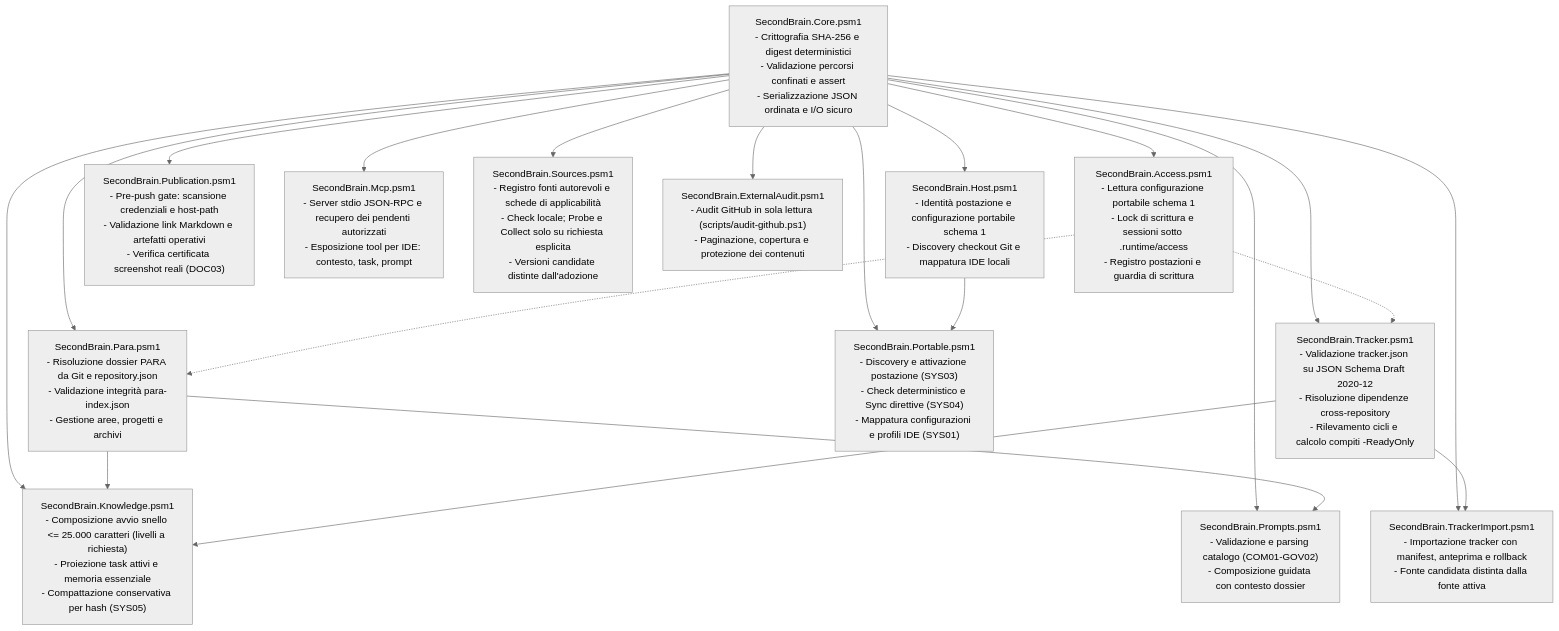
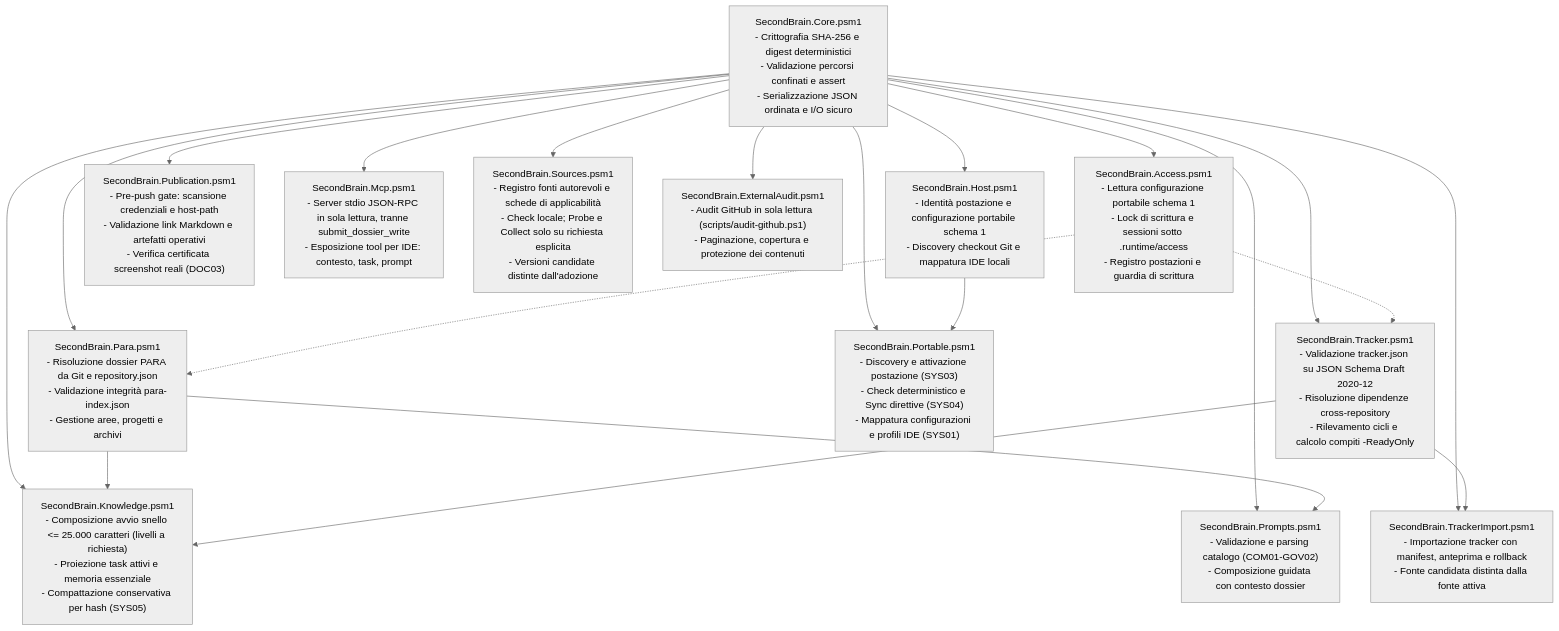
One commit to dennidalpos/secondbrain changed the second of 7 diagrams in docs/riferimento/architecture.it.md. Above: the diagram before and after it, drawn with Mermaid (neutral theme). The commit also changed 29 other files, not shown here.

````diff
--- a/docs/riferimento/architecture.it.md
+++ b/docs/riferimento/architecture.it.md
@@ -43,49 +43,49 @@
 ```mermaid
 flowchart TB
     CORE["SecondBrain.Core.psm1<br/>- Crittografia SHA-256 e digest deterministici<br/>- Validazione percorsi confinati e assert<br/>- Serializzazione JSON ordinata e I/O sicuro"]
 
     ACCESS["SecondBrain.Access.psm1<br/>- Lettura configurazione portabile schema 1<br/>- Lock di scrittura e sessioni sotto .runtime/access<br/>- Registro postazioni e guardia di scrittura"]
 
     HOST["SecondBrain.Host.psm1<br/>- Identità postazione e configurazione portabile schema 1<br/>- Discovery checkout Git e mappatura IDE locali"]
 
     PARA["SecondBrain.Para.psm1<br/>- Risoluzione dossier PARA da Git e repository.json<br/>- Validazione integrità para-index.json<br/>- Gestione aree, progetti e archivi"]
 
     TRACKER["SecondBrain.Tracker.psm1<br/>- Validazione tracker.json su JSON Schema Draft 2020-12<br/>- Risoluzione dipendenze cross-repository<br/>- Rilevamento cicli e calcolo compiti -ReadyOnly"]
 
     KNOWLEDGE["SecondBrain.Knowledge.psm1<br/>- Composizione avvio snello <= 25.000 caratteri (livelli a richiesta)<br/>- Proiezione task attivi e memoria essenziale<br/>- Compattazione conservativa per hash (SYS05)"]
 
     PORTABLE["SecondBrain.Portable.psm1<br/>- Discovery e attivazione postazione (SYS03)<br/>- Check deterministico e Sync direttive (SYS04)<br/>- Mappatura configurazioni e profili IDE (SYS01)"]
 
     PROMPTS["SecondBrain.Prompts.psm1<br/>- Validazione e parsing catalogo (COM01-GOV02)<br/>- Composizione guidata con contesto dossier"]
 
     PUBLICATION["SecondBrain.Publication.psm1<br/>- Pre-push gate: scansione credenziali e host-path<br/>- Validazione link Markdown e artefatti operativi<br/>- Verifica certificata screenshot reali (DOC03)"]
 
-    MCP["SecondBrain.Mcp.psm1<br/>- Server stdio JSON-RPC e recupero dei pendenti autorizzati<br/>- Esposizione tool per IDE: contesto, task, prompt"]
+    MCP["SecondBrain.Mcp.psm1<br/>- Server stdio JSON-RPC in sola lettura, tranne submit_dossier_write<br/>- Esposizione tool per IDE: contesto, task, prompt"]
 
     SOURCES["SecondBrain.Sources.psm1<br/>- Registro fonti autorevoli e schede di applicabilità<br/>- Check locale; Probe e Collect solo su richiesta esplicita<br/>- Versioni candidate distinte dall'adozione"]
 
     EXTAUDIT["SecondBrain.ExternalAudit.psm1<br/>- Audit GitHub in sola lettura (scripts/audit-github.ps1)<br/>- Paginazione, copertura e protezione dei contenuti"]
 
     TRACKERIMP["SecondBrain.TrackerImport.psm1<br/>- Importazione tracker con manifest, anteprima e rollback<br/>- Fonte candidata distinta dalla fonte attiva"]
 
     CORE --> ACCESS
     CORE --> HOST
     CORE --> PARA
     CORE --> TRACKER
     CORE --> KNOWLEDGE
     CORE --> PORTABLE
     CORE --> PROMPTS
     CORE --> PUBLICATION
     CORE --> MCP
     CORE --> SOURCES
     CORE --> EXTAUDIT
     CORE --> TRACKERIMP
 
     ACCESS -.-> PARA
     ACCESS -.-> TRACKER
     PARA --> KNOWLEDGE
     TRACKER --> KNOWLEDGE
     TRACKER --> TRACKERIMP
     HOST --> PORTABLE
     PARA --> PROMPTS
 ```
````
